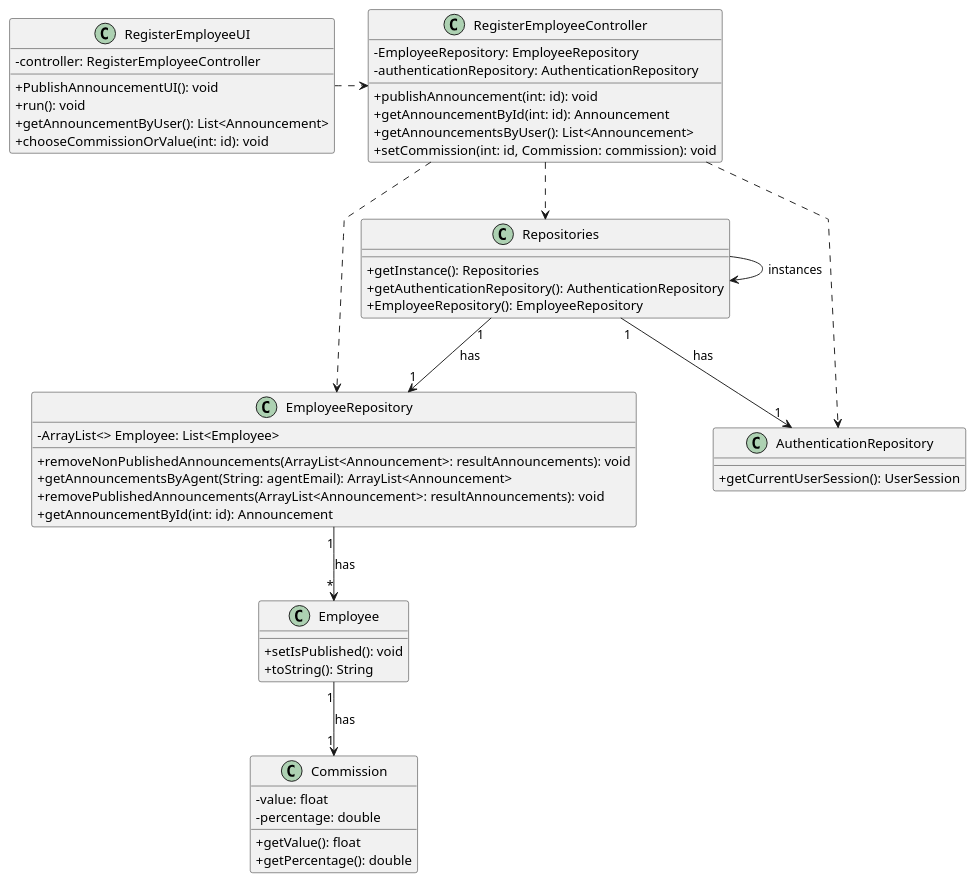
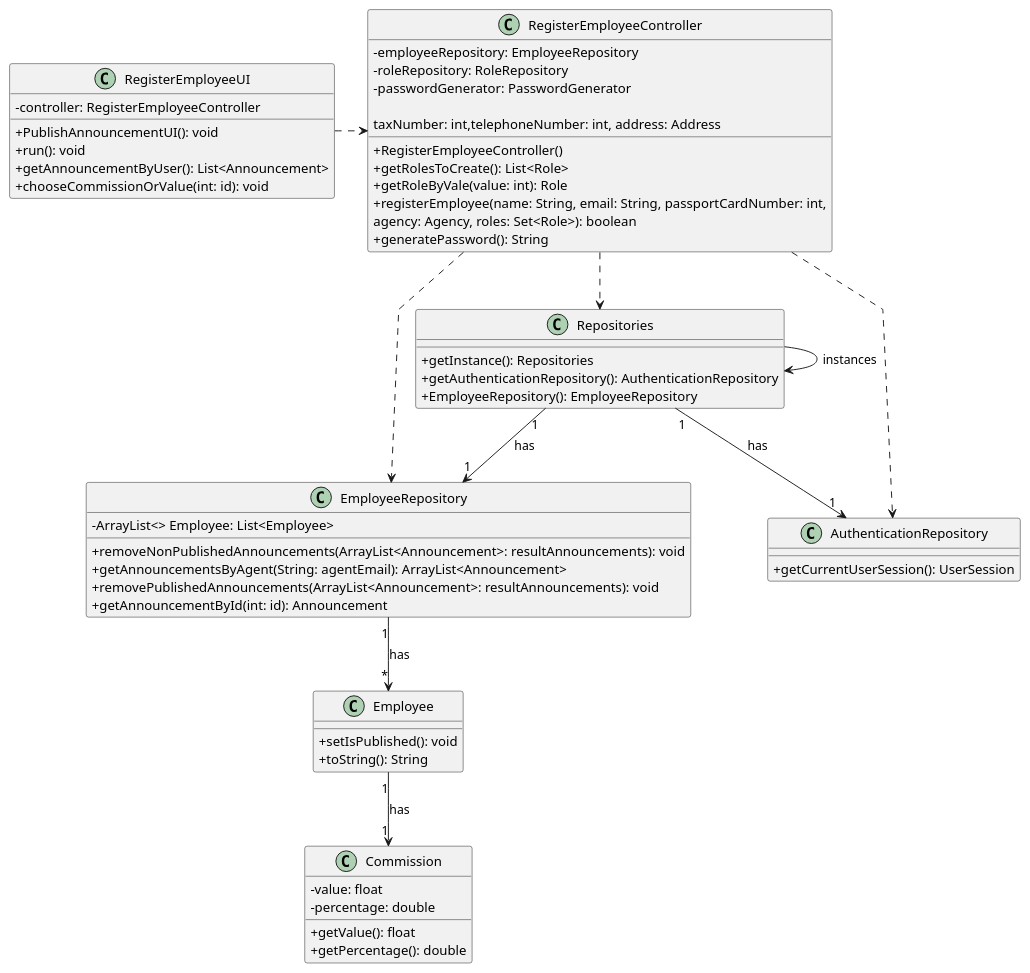
One commit to Goncalves2525/real-estate-management-system changed the diagram in docs/sprintB/us003/03.design/puml/us003V2-class-diagram.puml. Above: the diagram before and after it, drawn with PlantUML. The commit also changed 16 other files, not shown here.

```diff
--- a/docs/sprintB/us003/03.design/puml/us003V2-class-diagram.puml
+++ b/docs/sprintB/us003/03.design/puml/us003V2-class-diagram.puml
@@ -1,78 +1,83 @@
 @startuml
 'skinparam monochrome true
 skinparam packageStyle rectangle
 skinparam shadowing false
 skinparam linetype polyline
 'skinparam linetype orto
 
 
 
 skinparam classAttributeIconSize 0
 
 class Employee {
 +setIsPublished(): void
 +toString(): String
 }
 
 class Commission {
 -value: float
 -percentage: double
 +getValue(): float
 +getPercentage(): double
 }
 
 
 class EmployeeRepository {
 -ArrayList<> Employee: List<Employee>
 +removeNonPublishedAnnouncements(ArrayList<Announcement>: resultAnnouncements): void
 +getAnnouncementsByAgent(String: agentEmail): ArrayList<Announcement>
 +removePublishedAnnouncements(ArrayList<Announcement>: resultAnnouncements): void
 +getAnnouncementById(int: id): Announcement
 }
 
 
 
 class AuthenticationRepository{
 +getCurrentUserSession(): UserSession
 }
 
 
 
 class Repositories {
 +getInstance(): Repositories
 +getAuthenticationRepository(): AuthenticationRepository
 +EmployeeRepository(): EmployeeRepository
 }
 
 
 
 class RegisterEmployeeController {
--EmployeeRepository: EmployeeRepository
--authenticationRepository: AuthenticationRepository
-+publishAnnouncement(int: id): void
-+getAnnouncementById(int: id): Announcement
-+getAnnouncementsByUser(): List<Announcement>
-+setCommission(int: id, Commission: commission): void
+  -employeeRepository: EmployeeRepository
+  -roleRepository: RoleRepository
+  -passwordGenerator: PasswordGenerator
+
+  +RegisterEmployeeController()
+  +getRolesToCreate(): List<Role>
+  +getRoleByVale(value: int): Role
+  +registerEmployee(name: String, email: String, passportCardNumber: int,
+  taxNumber: int,telephoneNumber: int, address: Address
+  agency: Agency, roles: Set<Role>): boolean
+  +generatePassword(): String
 }
 
 
 
 class RegisterEmployeeUI {
 -controller: RegisterEmployeeController
 +PublishAnnouncementUI(): void
 +run(): void
 +getAnnouncementByUser(): List<Announcement>
 +chooseCommissionOrValue(int: id): void
 }
 
 Repositories -> Repositories : instances
 RegisterEmployeeUI .> RegisterEmployeeController
 RegisterEmployeeController ..> Repositories
 Repositories "1" --> "1" AuthenticationRepository : has
 Repositories "1" --> "1" EmployeeRepository : has
 RegisterEmployeeController ..> EmployeeRepository
 RegisterEmployeeController ..> AuthenticationRepository
 EmployeeRepository "1" --> "*" Employee : has
 Employee "1" --> "1" Commission : has
 
 @enduml
```
